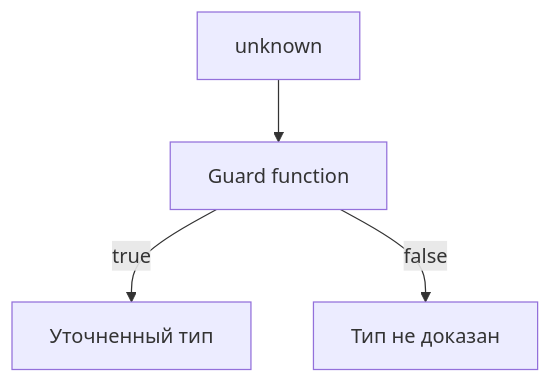
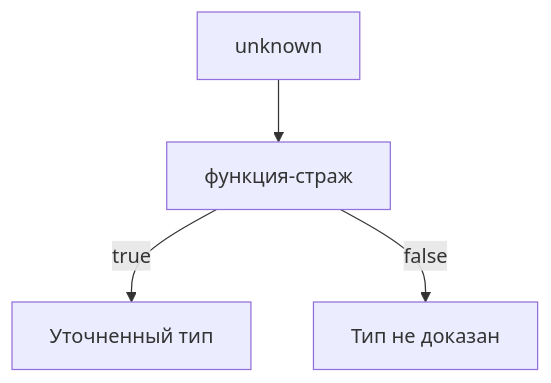
Before and after one commit to Bimba333/qa-js-ts-cookbook: the first of 2 diagrams in docs/02-typescript/129-user-defined-type-guards.md, drawn with Mermaid. The commit also changed 101 other files, not shown here.

````diff
--- a/docs/02-typescript/129-user-defined-type-guards.md
+++ b/docs/02-typescript/129-user-defined-type-guards.md
@@ -131,6 +131,6 @@
 ```mermaid
 flowchart TD
-    A[unknown] --> B[Guard function]
+    A[unknown] --> B["функция-страж"]
     B -->|true| C[Уточненный тип]
     B -->|false| D[Тип не доказан]
 ```
````
